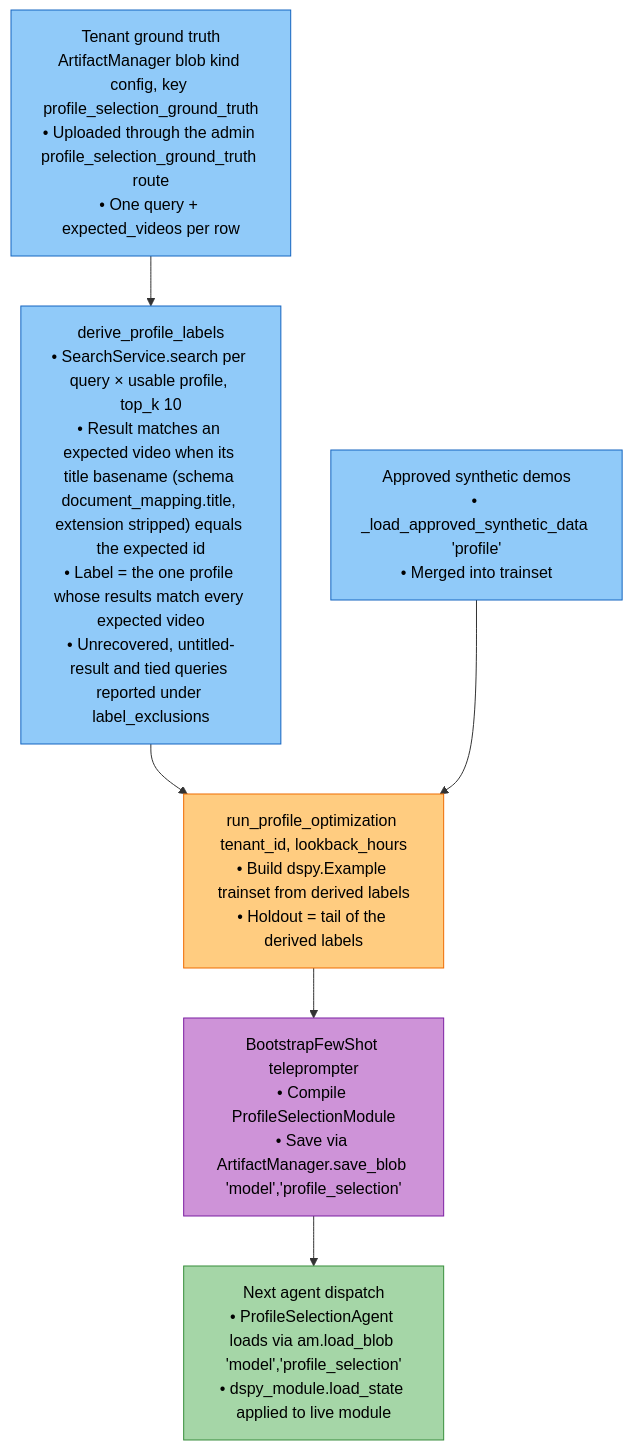
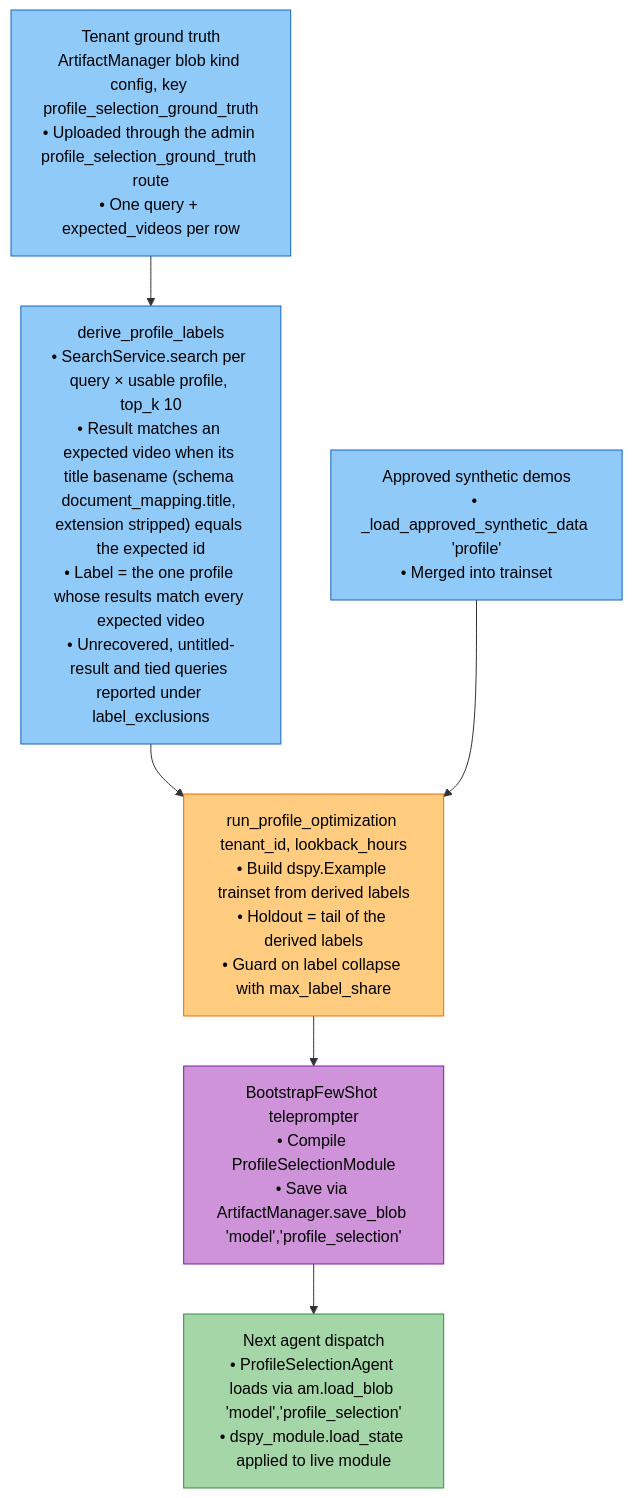
Before and after one commit to amit-jain/cogniverse: the third of 4 diagrams in docs/modules/optimization.md, drawn with Mermaid. The commit also changed other lines of this file and 9 other files, not shown here.

First line of the commit message:
Gate profile labels by media type

````diff
--- a/docs/modules/optimization.md
+++ b/docs/modules/optimization.md
@@ -202,21 +202,21 @@
 ```mermaid
 flowchart TB
     Source["<span style='color:#000'>Tenant ground truth<br/>ArtifactManager blob kind config, key profile_selection_ground_truth<br/>• Uploaded through the admin profile_selection_ground_truth route<br/>• One query + expected_videos per row</span>"]
 
     Source --> Derive["<span style='color:#000'>derive_profile_labels<br/>• SearchService.search per query × usable profile, top_k 10<br/>• Result matches an expected video when its title basename (schema document_mapping.title, extension stripped) equals the expected id<br/>• Label = the one profile whose results match every expected video<br/>• Unrecovered, untitled-result and tied queries reported under label_exclusions</span>"]
 
-    Derive --> RunOpt["<span style='color:#000'>run_profile_optimization tenant_id, lookback_hours<br/>• Build dspy.Example trainset from derived labels<br/>• Holdout = tail of the derived labels</span>"]
+    Derive --> RunOpt["<span style='color:#000'>run_profile_optimization tenant_id, lookback_hours<br/>• Build dspy.Example trainset from derived labels<br/>• Holdout = tail of the derived labels<br/>• Guard on label collapse with max_label_share</span>"]
 
     Synthetic["<span style='color:#000'>Approved synthetic demos<br/>• _load_approved_synthetic_data 'profile'<br/>• Merged into trainset</span>"] --> RunOpt
 
     RunOpt --> Compile["<span style='color:#000'>BootstrapFewShot teleprompter<br/>• Compile ProfileSelectionModule<br/>• Save via ArtifactManager.save_blob 'model','profile_selection'</span>"]
 
     Compile --> Reload["<span style='color:#000'>Next agent dispatch<br/>• ProfileSelectionAgent loads via am.load_blob 'model','profile_selection'<br/>• dspy_module.load_state applied to live module</span>"]
 
     style Source fill:#90caf9,stroke:#1565c0,color:#000
     style Derive fill:#90caf9,stroke:#1565c0,color:#000
     style Synthetic fill:#90caf9,stroke:#1565c0,color:#000
     style RunOpt fill:#ffcc80,stroke:#ef6c00,color:#000
     style Compile fill:#ce93d8,stroke:#7b1fa2,color:#000
     style Reload fill:#a5d6a7,stroke:#388e3c,color:#000
 ```
````
